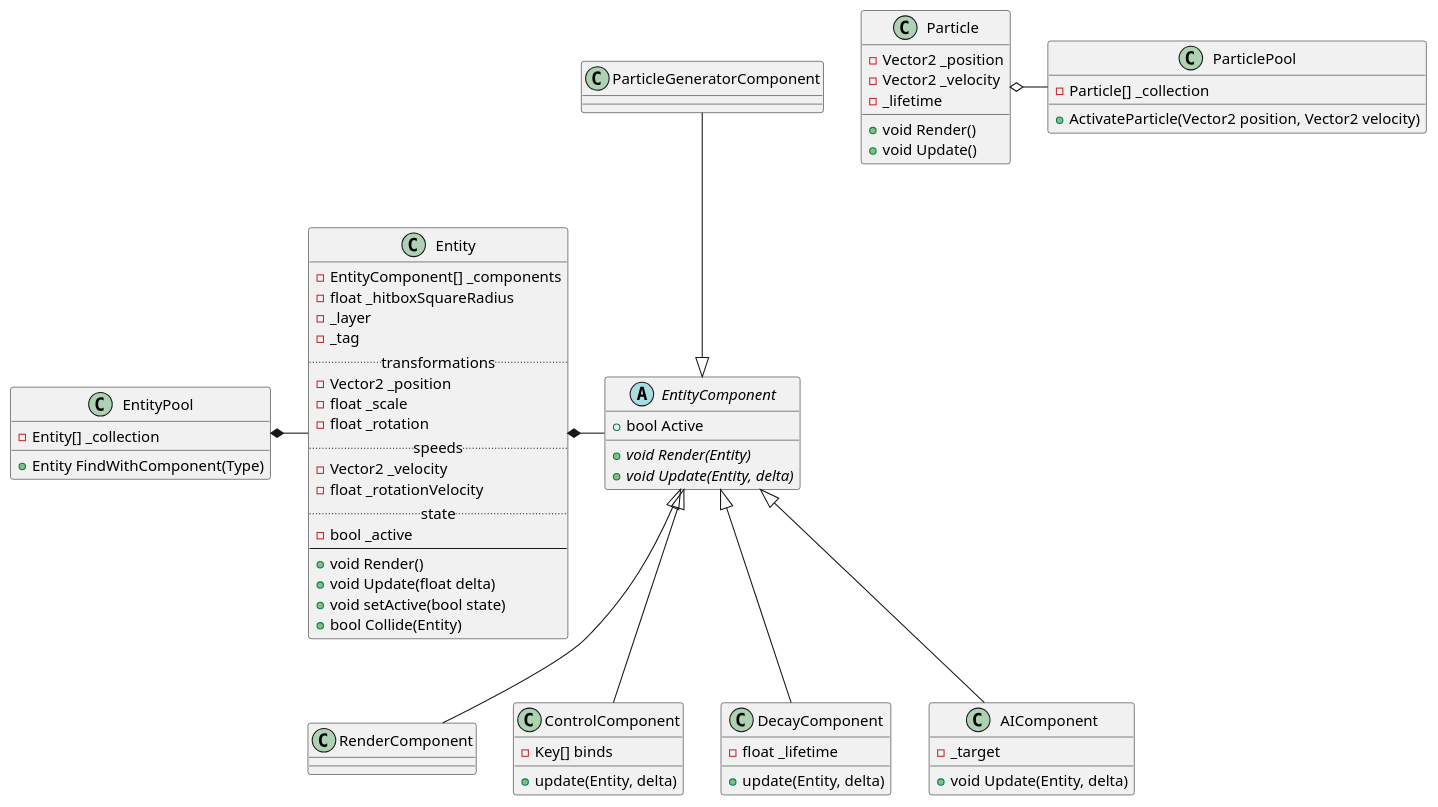
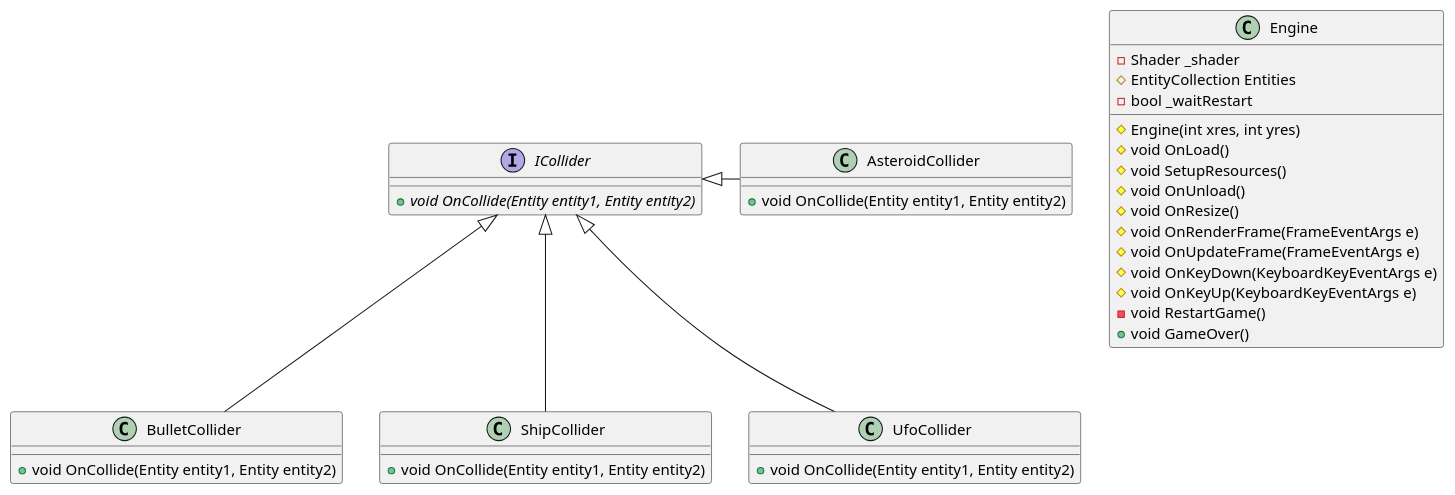
One commit to cyberimp/Asteroids changed the diagram in AsteroidsEngine/Engine.puml. Above: the diagram before and after it, drawn with PlantUML. The commit also changed 7 other files, not shown here.

```diff
--- a/AsteroidsEngine/Engine.puml
+++ b/AsteroidsEngine/Engine.puml
@@ -1,81 +1,44 @@
 @startuml
-
-class Entity{
-    -EntityComponent[] _components
-    -float _hitboxSquareRadius
-    -_layer
-    -_tag
-    ..transformations..
-    -Vector2 _position
-    -float _scale
-    -float _rotation
-    ..speeds..
-    -Vector2 _velocity
-    -float _rotationVelocity
-    ..state..
-    -bool _active
-    --
-    +void Render()
-    +void Update(float delta)
-    +void setActive(bool state)
-    +bool Collide(Entity)
+Class Engine{
+    -Shader _shader
+    #EntityCollection Entities
+    -bool _waitRestart
+    #Engine(int xres, int yres)
+    #void OnLoad()
+    #void SetupResources()
+    #void OnUnload()
+    #void OnResize()
+    #void OnRenderFrame(FrameEventArgs e)
+    #void OnUpdateFrame(FrameEventArgs e)
+    #void OnKeyDown(KeyboardKeyEventArgs e)
+    #void OnKeyUp(KeyboardKeyEventArgs e)
+    -void RestartGame()
+    +void GameOver()
 }
 
-Entity *- EntityComponent
-
-abstract class EntityComponent{
-    +bool Active
-    {abstract} +void Render(Entity)
-    {abstract} +void Update(Entity, delta)  
+Interface ICollider{
+    {abstract}+void OnCollide(Entity entity1, Entity entity2)
 }
 
-EntityComponent <|-- RenderComponent
-EntityComponent <|-- ControlComponent
-EntityComponent <|-- DecayComponent
+ICollider <|- AsteroidCollider
+ICollider <|-- BulletCollider
+ICollider <|-- ShipCollider
+ICollider <|-- UfoCollider
 
-class ControlComponent{
-    -Key[] binds
-    +update(Entity, delta)
+Class AsteroidCollider{
+    +void OnCollide(Entity entity1, Entity entity2)
 }
 
-class DecayComponent{
-    -float _lifetime
-    +update(Entity, delta)
+Class BulletCollider{
+    +void OnCollide(Entity entity1, Entity entity2)
 }
 
-ParticleGeneratorComponent --|> EntityComponent
-
-class ParticleGeneratorComponent{
-  
+Class ShipCollider{
+    +void OnCollide(Entity entity1, Entity entity2)
 }
 
-EntityComponent <|-- AIComponent
-
-class AIComponent{
-    -_target
-    +void Update(Entity, delta)
-}
-
-Particle o- ParticlePool
-
-class Particle{
-    -Vector2 _position
-    -Vector2 _velocity
-    -_lifetime
-    +void Render()
-    +void Update()
-}
-
-class ParticlePool{
-    -Particle[] _collection
-    +ActivateParticle(Vector2 position, Vector2 velocity)
-}
-
-EntityPool *- Entity
-
-class EntityPool{
-    -Entity[] _collection
-    +Entity FindWithComponent(Type)
+Class UfoCollider{
+    +void OnCollide(Entity entity1, Entity entity2)
 }
 
 @enduml
```
